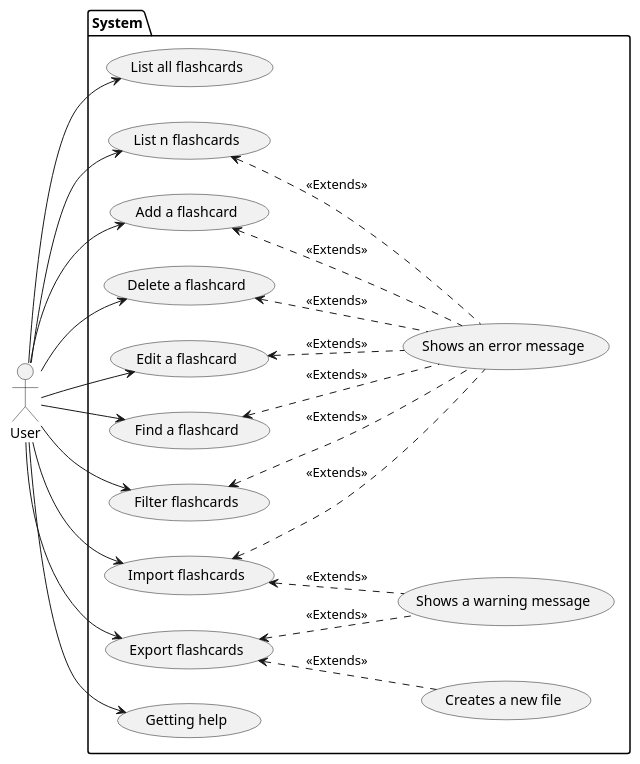
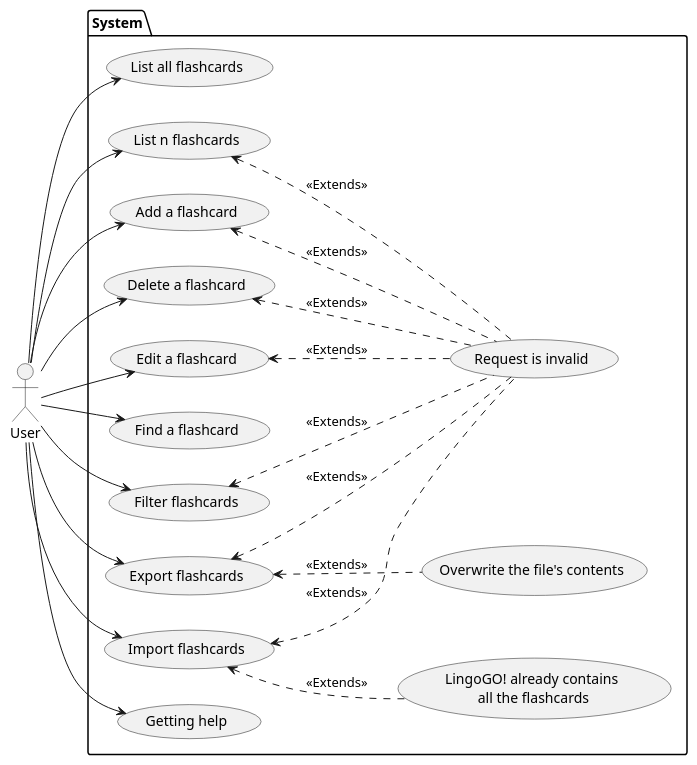
The diagram in docs/diagrams/UseCaseDiagram.puml (sharmainec/tp), drawn with PlantUML before and after one commit. The commit also changed 1 other file, not shown here.

Commit message:
Edit use case diagram

```diff
--- a/docs/diagrams/UseCaseDiagram.puml
+++ b/docs/diagrams/UseCaseDiagram.puml
@@ -1,41 +1,40 @@
 @startuml
 left to right direction
 actor User as g
 
 package System {
   usecase "List all flashcards" as UC1
   usecase "List n flashcards" as UC2
   usecase "Add a flashcard" as UC3
   usecase "Delete a flashcard" as UC4
   usecase "Edit a flashcard" as UC5
   usecase "Find a flashcard" as UC6
   usecase "Filter flashcards" as UC7
   usecase "Import flashcards" as UC8
   usecase "Export flashcards" as UC9
-  usecase "Shows an error message" as UC10
-  usecase "Shows a warning message" as UC11
-  usecase "Creates a new file" as UC12
+  usecase "Request is invalid" as UC10
+  usecase "LingoGO! already contains\n all the flashcards" as UC11
+  usecase "Overwrite the file's contents" as UC12
   usecase "Getting help" as UC13
 }
 
 g --> UC1
 g --> UC2
 g --> UC3
 g --> UC4
 g --> UC5
 g --> UC6
 g --> UC7
 g --> UC8
 g --> UC9
 g --> UC13
 UC2 <.. UC10 : <<Extends>>
 UC3 <.. UC10 : <<Extends>>
 UC4 <.. UC10 : <<Extends>>
 UC5 <.. UC10 : <<Extends>>
-UC6 <.. UC10 : <<Extends>>
 UC7 <.. UC10 : <<Extends>>
 UC8 <.. UC10 : <<Extends>>
 UC8 <.. UC11 : <<Extends>>
-UC9 <.. UC11 : <<Extends>>
+UC9 <.. UC10 : <<Extends>>
 UC9 <.. UC12 : <<Extends>>
 @enduml
```
